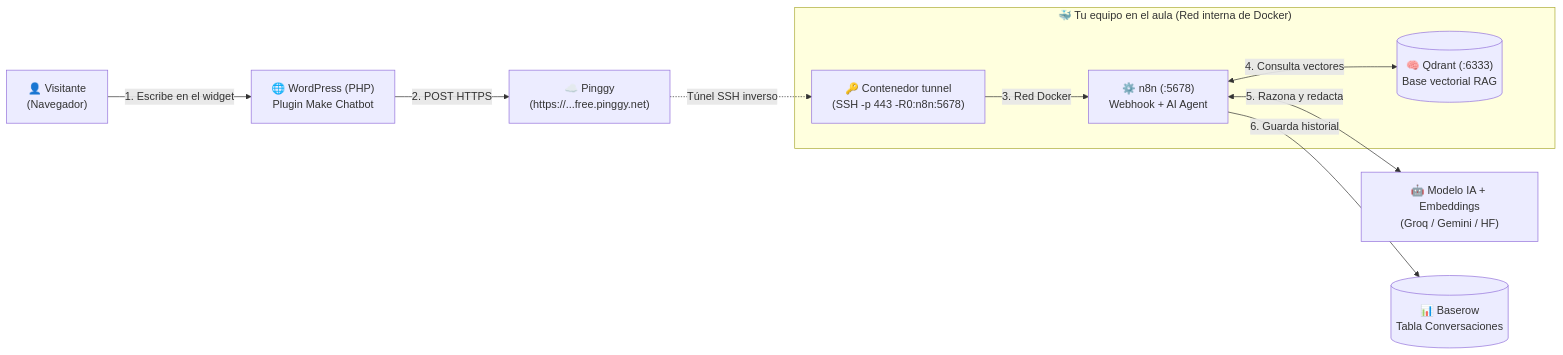
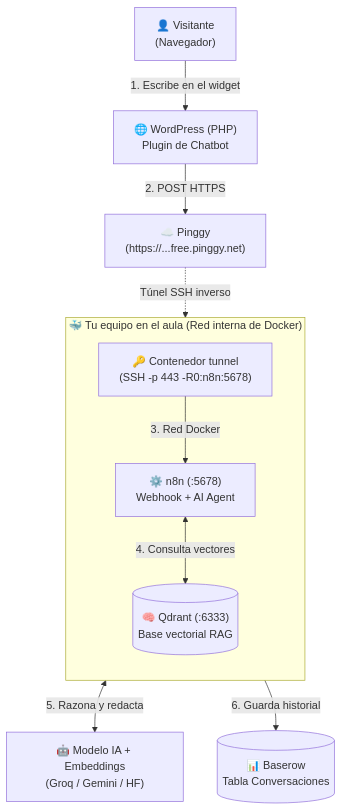
Before and after one commit to Dellos7/informatica-eso-bat: the first of 2 diagrams in asignaturas/psirii/docker/actividad2/index.md, drawn with Mermaid. The commit also changed other lines of this file, not shown here.

````diff
--- a/asignaturas/psirii/docker/actividad2/index.md
+++ b/asignaturas/psirii/docker/actividad2/index.md
@@ -31,15 +31,15 @@
 ```mermaid
-flowchart LR
-    V["👤 Visitante<br/>(Navegador)"] -->|"1. Escribe en el widget"| WP["🌐 WordPress (PHP)<br/>Plugin Make Chatbot"]
+flowchart TD
+    V["👤 Visitante<br/>(Navegador)"] -->|"1. Escribe en el widget"| WP["🌐 WordPress (PHP)<br/>Plugin de Chatbot"]
     WP -->|"2. POST HTTPS"| PG["☁️ Pinggy<br/>(https://...free.pinggy.net)"]
+    PG -.->|"Túnel SSH inverso"| TUN
+
     subgraph Docker["🐳 Tu equipo en el aula (Red interna de Docker)"]
-        TUN["🔑 Contenedor tunnel<br/>(SSH -p 443 -R0:n8n:5678)"]
-        N8N["⚙️ n8n (:5678)<br/>Webhook + AI Agent"]
-        QD[("🧠 Qdrant (:6333)<br/>Base vectorial RAG")]
-        TUN -->|"3. Red Docker"| N8N
-        N8N <-->|"4. Consulta vectores"| QD
+        direction TB
+        TUN["🔑 Contenedor tunnel<br/>(SSH -p 443 -R0:n8n:5678)"] -->|"3. Red Docker"| N8N["⚙️ n8n (:5678)<br/>Webhook + AI Agent"]
+        N8N <-->|"4. Consulta vectores"| QD[("🧠 Qdrant (:6333)<br/>Base vectorial RAG")]
     end
-    PG -.->|"Túnel SSH inverso"| TUN
+
     N8N <-->|"5. Razona y redacta"| LLM["🤖 Modelo IA + Embeddings<br/>(Groq / Gemini / HF)"]
     N8N -->|"6. Guarda historial"| BR[("📊 Baserow<br/>Tabla Conversaciones")]
 ```
````
